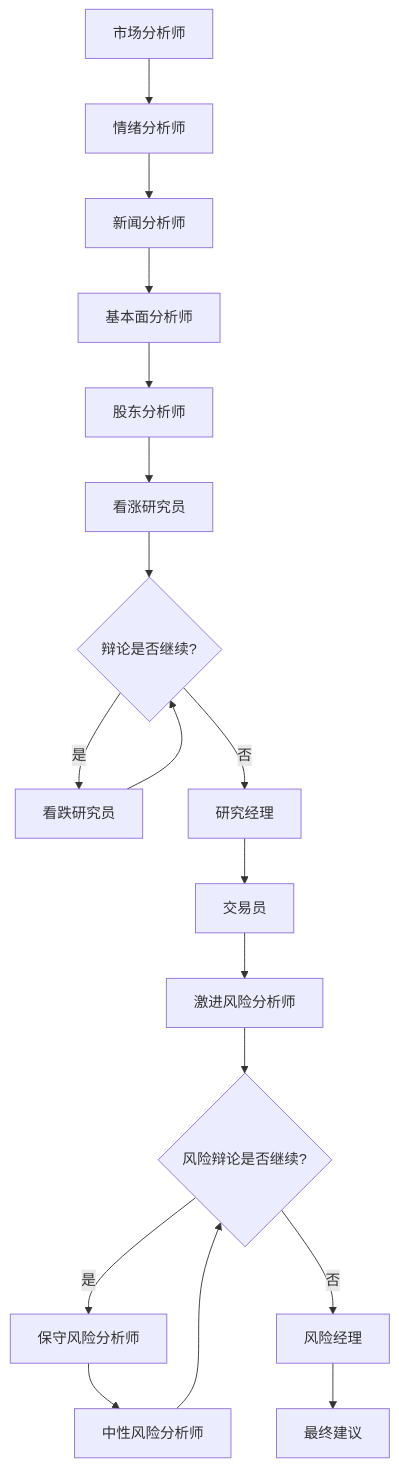
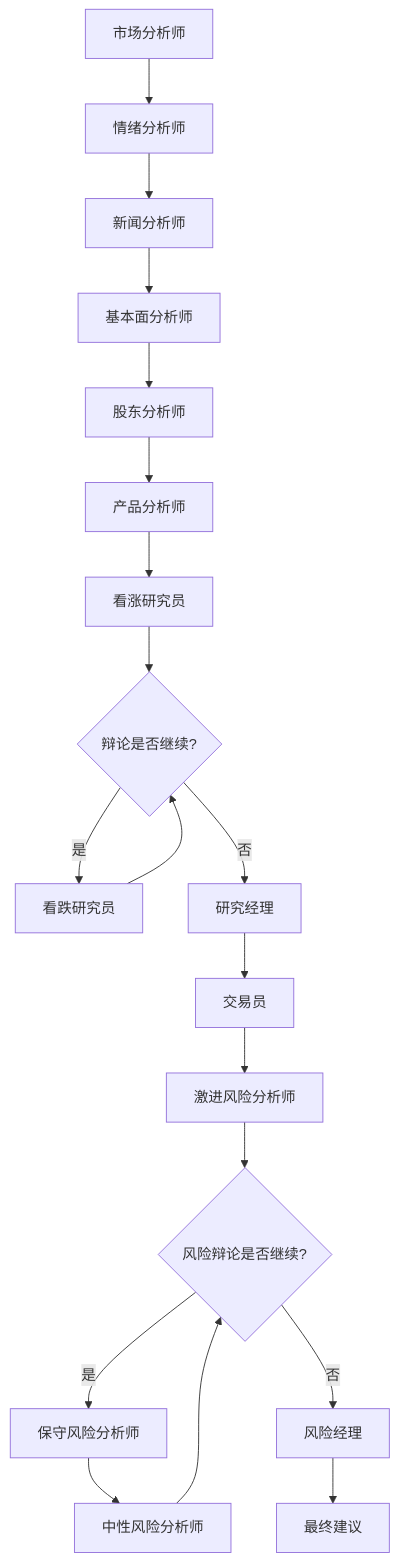
One commit to guangxiangdebizi/TradingAgents-MCPmode changed the diagram in README.md. Above: the diagram before and after it, drawn with Mermaid. The commit also changed other lines of this file and 12 other files, not shown here.

````diff
--- a/README.md
+++ b/README.md
@@ -55,20 +56,21 @@
 ```mermaid
 graph TD
     A[市场分析师] --> B[情绪分析师]
     B --> C[新闻分析师]
     C --> D[基本面分析师]
     D --> E[股东分析师]
-    E --> F[看涨研究员]
-    F --> G{辩论是否继续?}
-    G -->|是| H[看跌研究员]
-    H --> G
-    G -->|否| I[研究经理]
-    I --> J[交易员]
-    J --> K[激进风险分析师]
-    K --> L{风险辩论是否继续?}
-    L -->|是| M[保守风险分析师]
-    M --> N[中性风险分析师]
-    N --> L
-    L -->|否| O[风险经理]
-    O --> P[最终建议]
+    E --> F[产品分析师]
+    F --> G[看涨研究员]
+    G --> H{辩论是否继续?}
+    H -->|是| I[看跌研究员]
+    I --> H
+    H -->|否| J[研究经理]
+    J --> K[交易员]
+    K --> L[激进风险分析师]
+    L --> M{风险辩论是否继续?}
+    M -->|是| N[保守风险分析师]
+    N --> O[中性风险分析师]
+    O --> M
+    M -->|否| P[风险经理]
+    P --> Q[最终建议]
 ```
````
